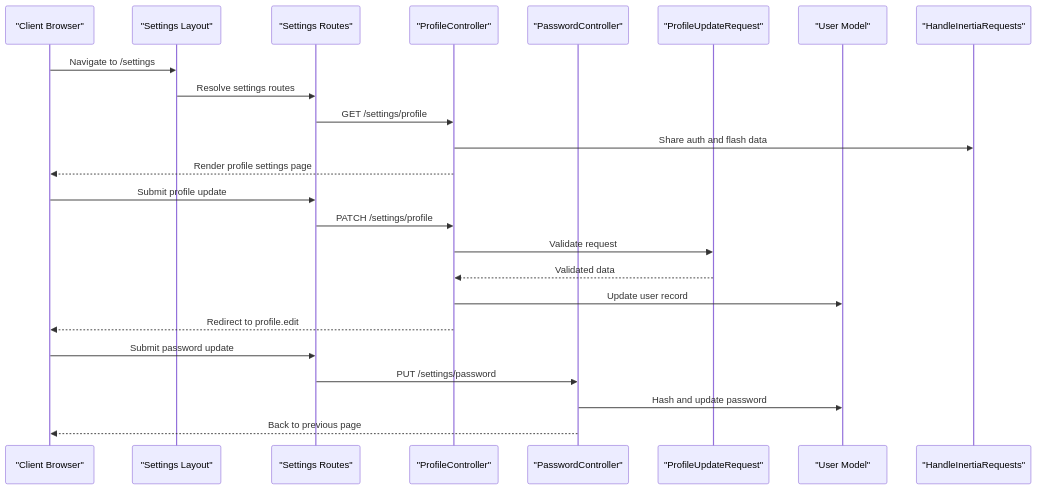
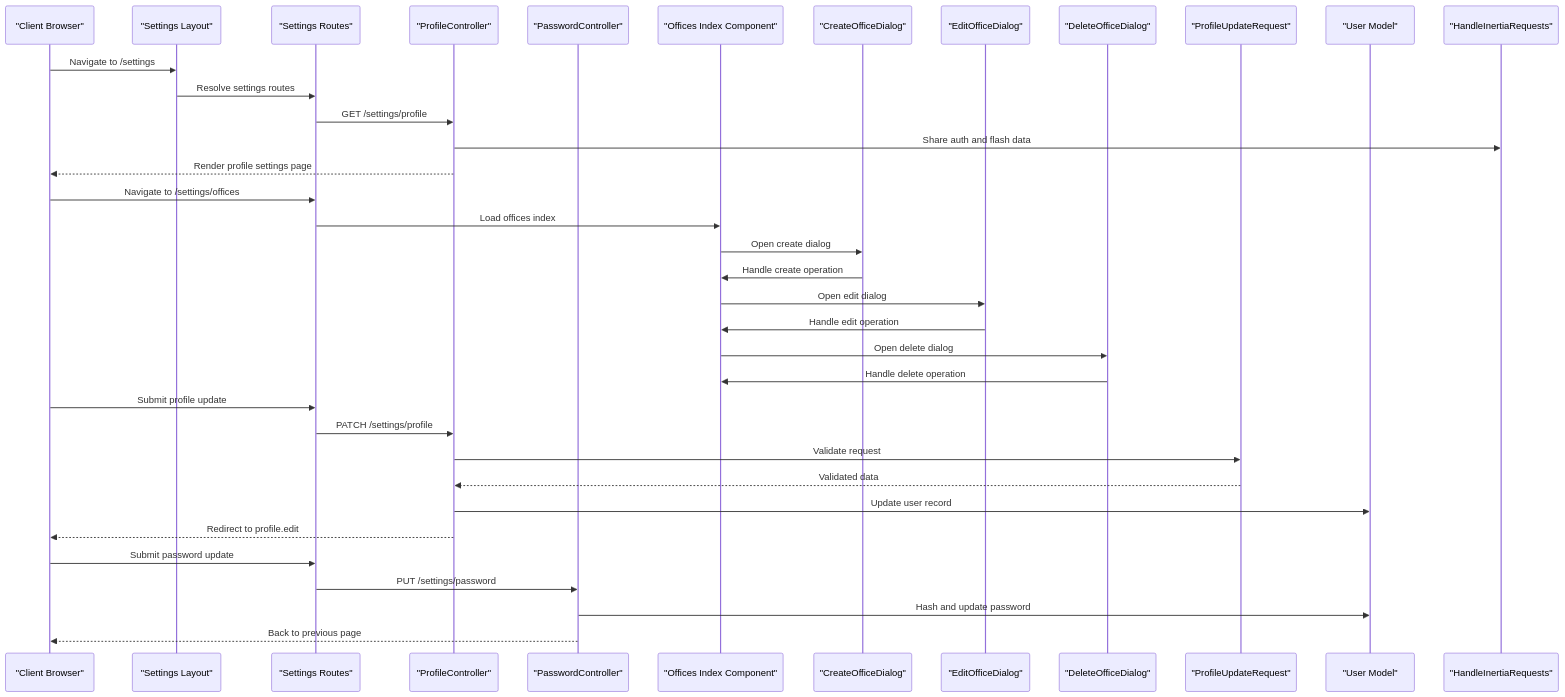
The second of 8 diagrams in .qoder/repowiki/en/content/Settings Management/Settings Management.md (vincet0t15/template), drawn with Mermaid before and after one commit. The commit also changed other lines of this file and 11 other files, not shown here.

````diff
--- a/.qoder/repowiki/en/content/Settings Management/Settings Management.md
+++ b/.qoder/repowiki/en/content/Settings Management/Settings Management.md
@@ -115,26 +135,38 @@
 ```mermaid
 sequenceDiagram
 participant Client as "Client Browser"
 participant Layout as "Settings Layout"
 participant Routes as "Settings Routes"
 participant ProfileCtrl as "ProfileController"
 participant PasswordCtrl as "PasswordController"
+participant OfficesIndex as "Offices Index Component"
+participant CreateDialog as "CreateOfficeDialog"
+participant EditDialog as "EditOfficeDialog"
+participant DeleteDialog as "DeleteOfficeDialog"
 participant Validator as "ProfileUpdateRequest"
 participant UserModel as "User Model"
 participant AuthMW as "HandleInertiaRequests"
 Client->>Layout : Navigate to /settings
 Layout->>Routes : Resolve settings routes
 Routes->>ProfileCtrl : GET /settings/profile
 ProfileCtrl->>AuthMW : Share auth and flash data
 ProfileCtrl-->>Client : Render profile settings page
+Client->>Routes : Navigate to /settings/offices
+Routes->>OfficesIndex : Load offices index
+OfficesIndex->>CreateDialog : Open create dialog
+CreateDialog->>OfficesIndex : Handle create operation
+OfficesIndex->>EditDialog : Open edit dialog
+EditDialog->>OfficesIndex : Handle edit operation
+OfficesIndex->>DeleteDialog : Open delete dialog
+DeleteDialog->>OfficesIndex : Handle delete operation
 Client->>Routes : Submit profile update
 Routes->>ProfileCtrl : PATCH /settings/profile
 ProfileCtrl->>Validator : Validate request
 Validator-->>ProfileCtrl : Validated data
 ProfileCtrl->>UserModel : Update user record
 ProfileCtrl-->>Client : Redirect to profile.edit
 Client->>Routes : Submit password update
 Routes->>PasswordCtrl : PUT /settings/password
 PasswordCtrl->>UserModel : Hash and update password
 PasswordCtrl-->>Client : Back to previous page
 ```
````
